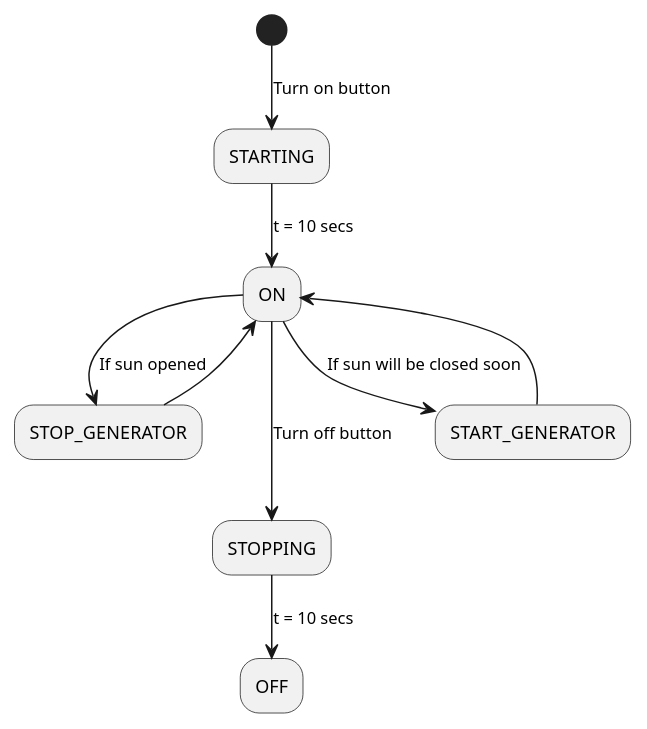
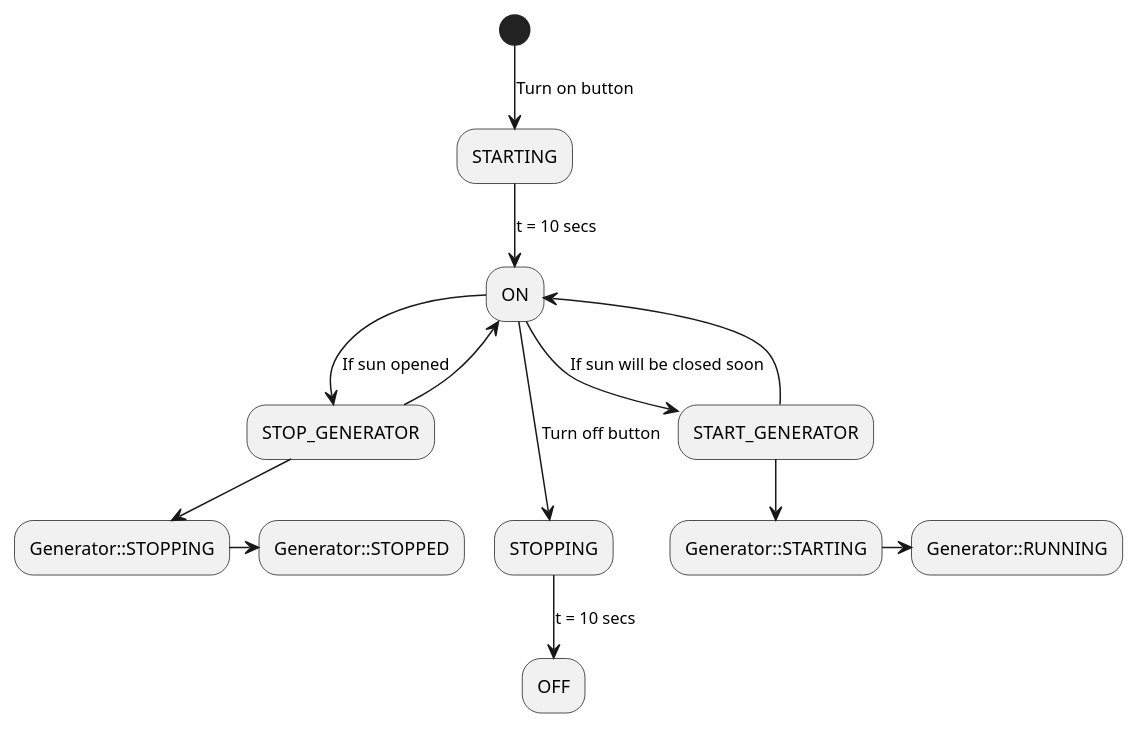
The diagram in Project/doc/КонечныйАвтомат.pu (fanglores/-), drawn with PlantUML before and after one commit. The commit also changed other lines of this file, not shown here.

```diff
--- a/Project/doc/КонечныйАвтомат.pu
+++ b/Project/doc/КонечныйАвтомат.pu
@@ -13,10 +1,20 @@
 @startuml
+
 (*) -->  [Turn on button] "STARTING"
+
 "STARTING" --> [t = 10 secs] "ON"
 "ON" ---> [Turn off button] "STOPPING"
 "ON" --> [If sun will be closed soon] "START_GENERATOR"
 "START_GENERATOR" --> "ON"
 "ON" -> [If sun opened] "STOP_GENERATOR"
 "STOP_GENERATOR" --> "ON"
 "STOPPING" --> [t = 10 secs] "OFF"
+
+"START_GENERATOR" --> "Generator::STARTING"
+"Generator::STARTING" -> "Generator::RUNNING"
+'"Generator::RUNNING" -> "Generator::STOPPING"
+"STOP_GENERATOR" --> "Generator::STOPPING"
+"Generator::STOPPING" -> "Generator::STOPPED"
+'"Generator::STOPPED" -> "Generator::STARTING"
+
 @enduml
```
